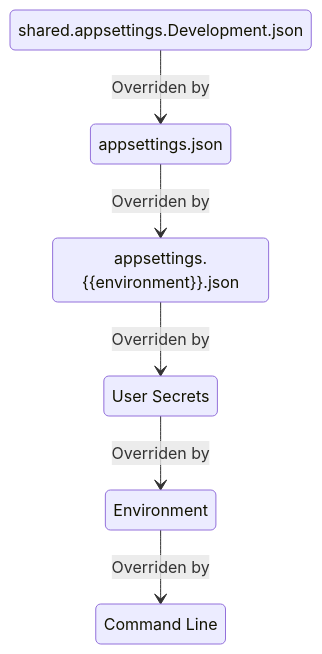
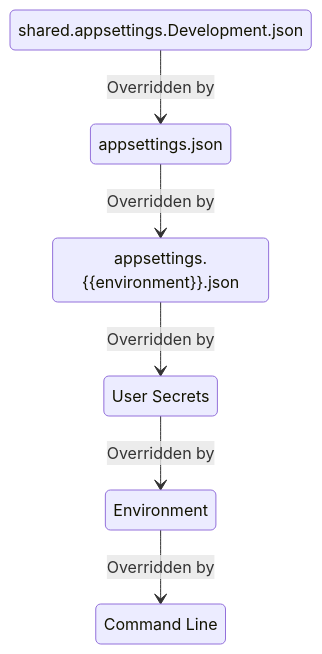
One commit to Seekatar/ioptions-logger-test changed the diagram in README.md. Above: the diagram before and after it, drawn with Mermaid. The commit also changed other lines of this file and 43 other files, not shown here.

````diff
--- a/README.md
+++ b/README.md
@@ -20,13 +47,13 @@
 ```mermaid
 stateDiagram
 
-shared.appsettings.Development.json --> appsettings.json : Overriden by
-appsettings.json --> appsettings.Development.json : Overriden by
-appsettings.Development.json --> UserSecrets : Overriden by
-UserSecrets --> Environment : Overriden by
-Environment --> CommandLine : Overriden by
+shared.appsettings.Development.json --> appsettings.json : Overridden by
+appsettings.json --> appsettings.Development.json : Overridden by
+appsettings.Development.json --> UserSecrets : Overridden by
+UserSecrets --> Environment : Overridden by
+Environment --> CommandLine : Overridden by
 
 UserSecrets: User Secrets
 CommandLine: Command Line
 appsettings.Development.json : appsettings.{{environment}}.json
 ```
````
